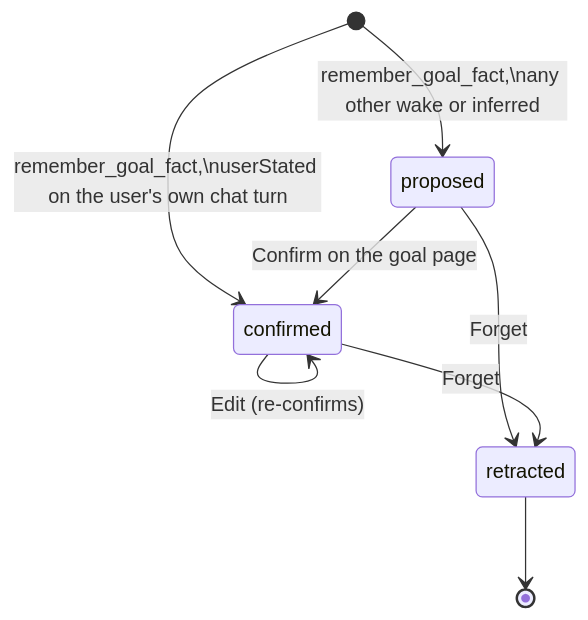
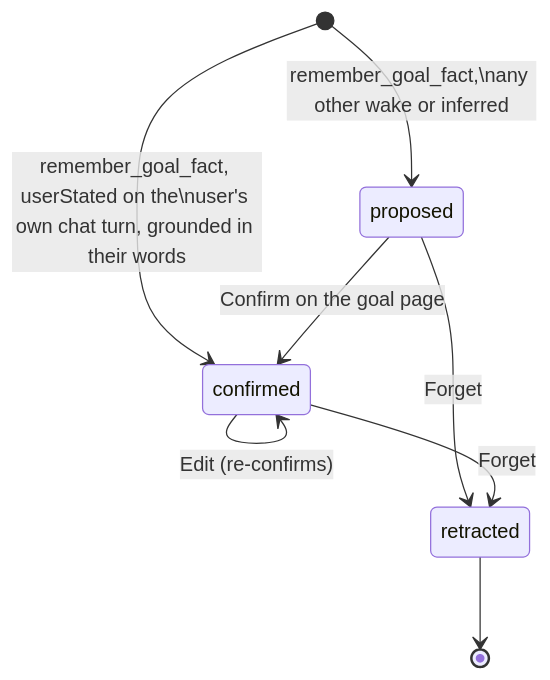
One commit to matthiasn/lotti changed the tenth of 10 diagrams in knowledge/features/goals.md. Above: the diagram before and after it, drawn with Mermaid. The commit also changed other lines of this file and 1 other file, not shown here.

````diff
--- a/knowledge/features/goals.md
+++ b/knowledge/features/goals.md
@@ -2165,10 +2165,10 @@
 ```mermaid
 stateDiagram-v2
     [*] --> proposed: remember_goal_fact,\nany other wake or inferred
-    [*] --> confirmed: remember_goal_fact,\nuserStated on the user's own chat turn
+    [*] --> confirmed: remember_goal_fact, userStated on the\nuser's own chat turn, grounded in their words
     proposed --> confirmed: Confirm on the goal page
     proposed --> retracted: Forget
     confirmed --> confirmed: Edit (re-confirms)
     confirmed --> retracted: Forget
     retracted --> [*]
 ```
````
